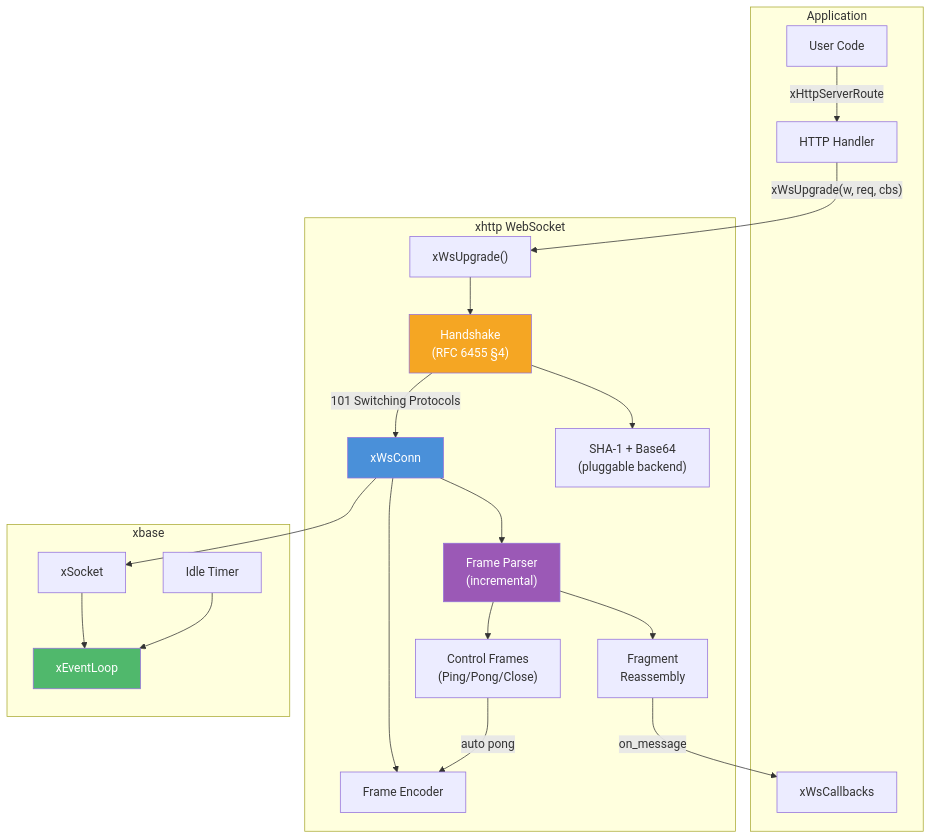
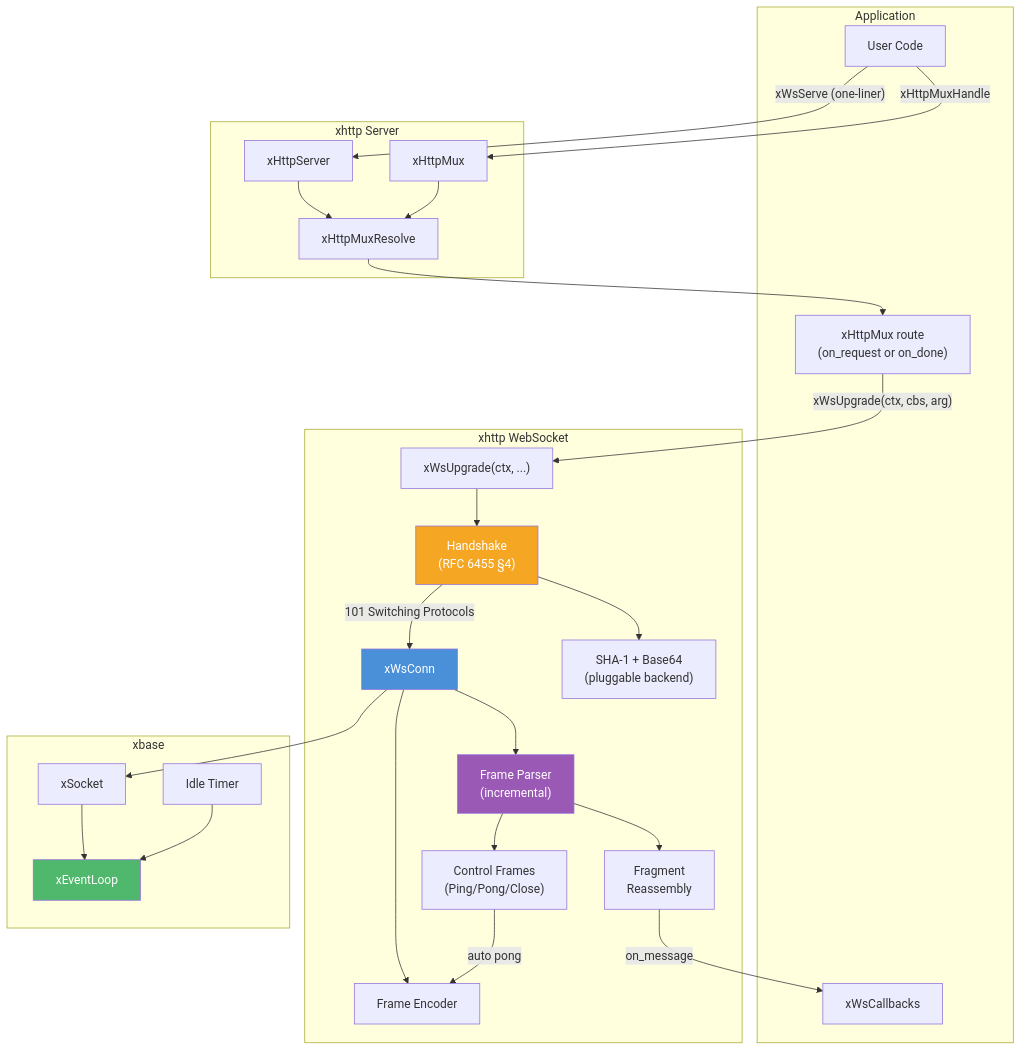
Before and after one commit to mivinci/x: the first of 3 diagrams in docs/libx/http/ws_server.md, drawn with Mermaid. The commit also changed other lines of this file and 6 other files, not shown here.

First line of the commit message:
Rewrite all HTTP module docs for unified xHttpCtx API

````diff
--- a/docs/libx/http/ws_server.md
+++ b/docs/libx/http/ws_server.md
@@ -23,45 +23,55 @@
 ```mermaid
 graph TD
     subgraph "Application"
         APP["User Code"]
-        HANDLER["HTTP Handler"]
+        ROUTE["xHttpMux route<br/>(on_request or on_done)"]
         WS_CBS["xWsCallbacks"]
     end
 
     subgraph "xhttp WebSocket"
-        UPGRADE["xWsUpgrade()"]
+        UPGRADE["xWsUpgrade(ctx, ...)"]
         HANDSHAKE["Handshake<br/>(RFC 6455 §4)"]
         CRYPTO["SHA-1 + Base64<br/>(pluggable backend)"]
         WSCONN["xWsConn"]
         PARSER["Frame Parser<br/>(incremental)"]
         ENCODER["Frame Encoder"]
         FRAG["Fragment<br/>Reassembly"]
         CTRL["Control Frames<br/>(Ping/Pong/Close)"]
     end
 
+    subgraph "xhttp Server"
+        SERVER["xHttpServer"]
+        MUX["xHttpMux"]
+        RESOLVER["xHttpMuxResolve"]
+    end
+
     subgraph "xbase"
         LOOP["xEventLoop"]
         SOCK["xSocket"]
         TIMER["Idle Timer"]
     end
 
-    APP -->|"xHttpServerRoute"| HANDLER
-    HANDLER -->|"xWsUpgrade(w, req, cbs)"| UPGRADE
+    APP -->|"xHttpMuxHandle"| MUX
+    MUX --> RESOLVER
+    APP -->|"xWsServe (one-liner)"| SERVER
+    SERVER --> RESOLVER
+    RESOLVER --> ROUTE
+    ROUTE -->|"xWsUpgrade(ctx, cbs, arg)"| UPGRADE
     UPGRADE --> HANDSHAKE
     HANDSHAKE --> CRYPTO
     HANDSHAKE -->|"101 Switching Protocols"| WSCONN
     WSCONN --> PARSER
     WSCONN --> ENCODER
     PARSER --> FRAG
     PARSER --> CTRL
     FRAG -->|"on_message"| WS_CBS
     CTRL -->|"auto pong"| ENCODER
     WSCONN --> SOCK
     SOCK --> LOOP
     TIMER --> LOOP
 
     style WSCONN fill:#4a90d9,color:#fff
     style LOOP fill:#50b86c,color:#fff
     style PARSER fill:#9b59b6,color:#fff
     style HANDSHAKE fill:#f5a623,color:#fff
 ```
````
